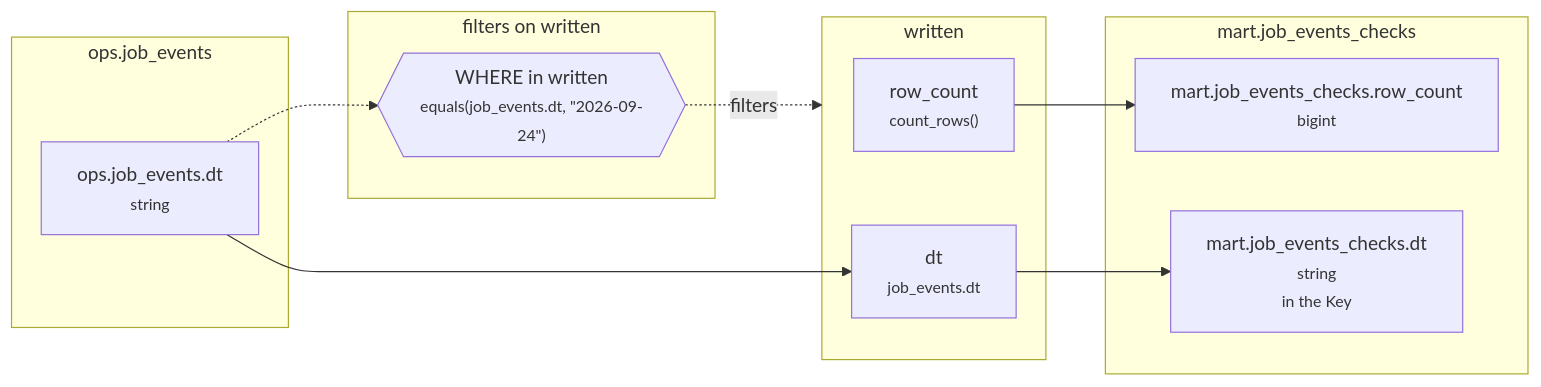
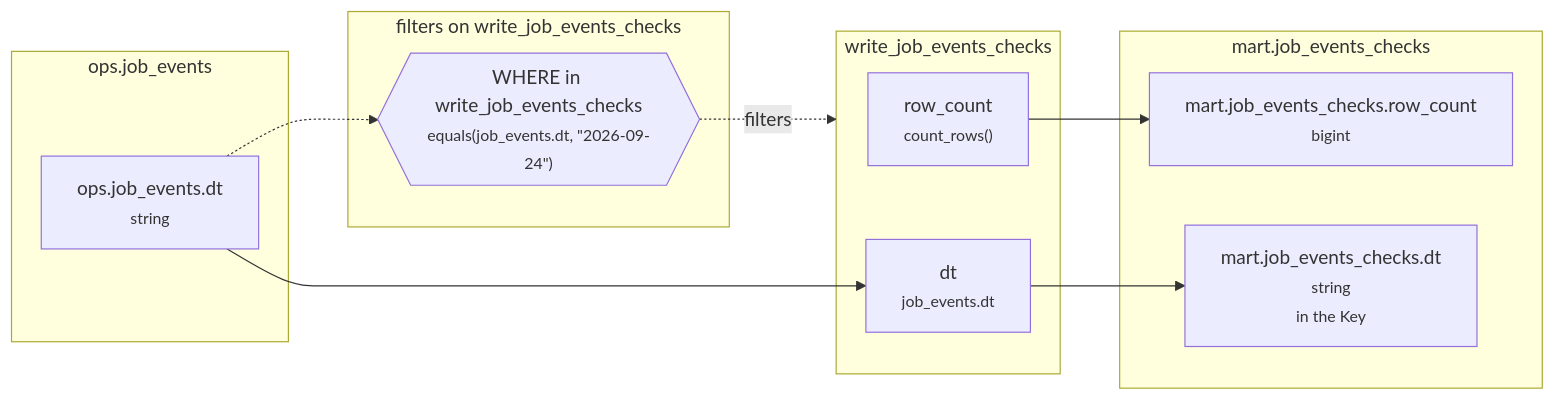
One commit to EdgyPage/SQL-Composer changed the diagram in example_projects/intermediate/tables/mart__job_events_checks/lineage/20260925-060000-mart__job_events_checks.md. Above: the diagram before and after it, drawn with Mermaid. The commit also changed other lines of this file and 148 other files, not shown here.

````diff
--- a/example_projects/intermediate/tables/mart__job_events_checks/lineage/20260925-060000-mart__job_events_checks.md
+++ b/example_projects/intermediate/tables/mart__job_events_checks/lineage/20260925-060000-mart__job_events_checks.md
@@ -7,22 +7,22 @@
 ```mermaid
 flowchart LR
-  subgraph g0["written"]
+  subgraph g0["write_job_events_checks"]
     n0["row_count<br/><small>count_rows()</small>"]
     n2["dt<br/><small>job_events.dt</small>"]
   end
   subgraph g1["ops.job_events"]
     n1["ops.job_events.dt<br/><small>string</small>"]
   end
-  subgraph g2["filters on written"]
-    n3{{"WHERE in written<br/><small>equals(job_events.dt, #quot;2026-09-24#quot;)</small>"}}
+  subgraph g2["filters on write_job_events_checks"]
+    n3{{"WHERE in write_job_events_checks<br/><small>equals(job_events.dt, #quot;2026-09-24#quot;)</small>"}}
   end
   subgraph g3["mart.job_events_checks"]
     n4["mart.job_events_checks.row_count<br/><small>bigint</small>"]
     n5["mart.job_events_checks.dt<br/><small>string</small><br/><small>in the Key</small>"]
   end
   n1 --> n2
   n1 -.-> n3
   n0 --> n4
   n2 --> n5
   n3 -.->|filters| g0
 ```
````
